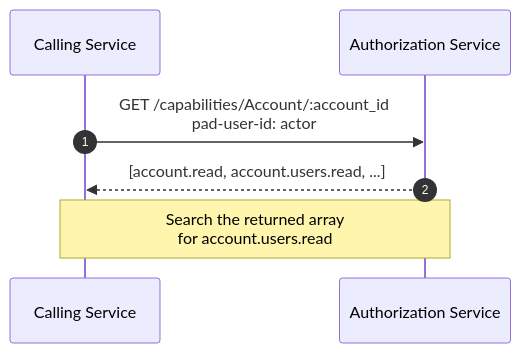
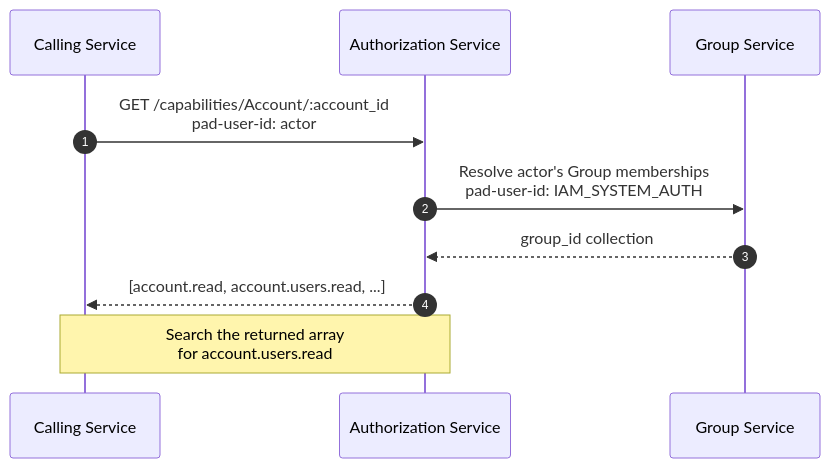
One commit to meleneth/whirred-io changed the first of 4 diagrams in docs/articles/series/IAM-System-Demo/graphql-auth-explosion-part-3-multiple-object-authorization.md. Above: the diagram before and after it, drawn with Mermaid. The commit also changed other lines of this file and 16 other files, not shown here.

Commit message:
Align IAM articles with group-based authorization

````diff
--- a/docs/articles/series/IAM-System-Demo/graphql-auth-explosion-part-3-multiple-object-authorization.md
+++ b/docs/articles/series/IAM-System-Demo/graphql-auth-explosion-part-3-multiple-object-authorization.md
@@ -28,10 +23,13 @@
 ```mermaid
 sequenceDiagram
   autonumber
   participant S as Calling Service
   participant AZ as Authorization Service
+  participant GS as Group Service
 
   S->>AZ: GET /capabilities/Account/:account_id<br/>pad-user-id: actor
+  AZ->>GS: Resolve actor's Group memberships<br/>pad-user-id: IAM_SYSTEM_AUTH
+  GS-->>AZ: group_id collection
   AZ-->>S: [account.read, account.users.read, ...]
   Note over S,AZ: Search the returned array<br/>for account.users.read
 ```
````
